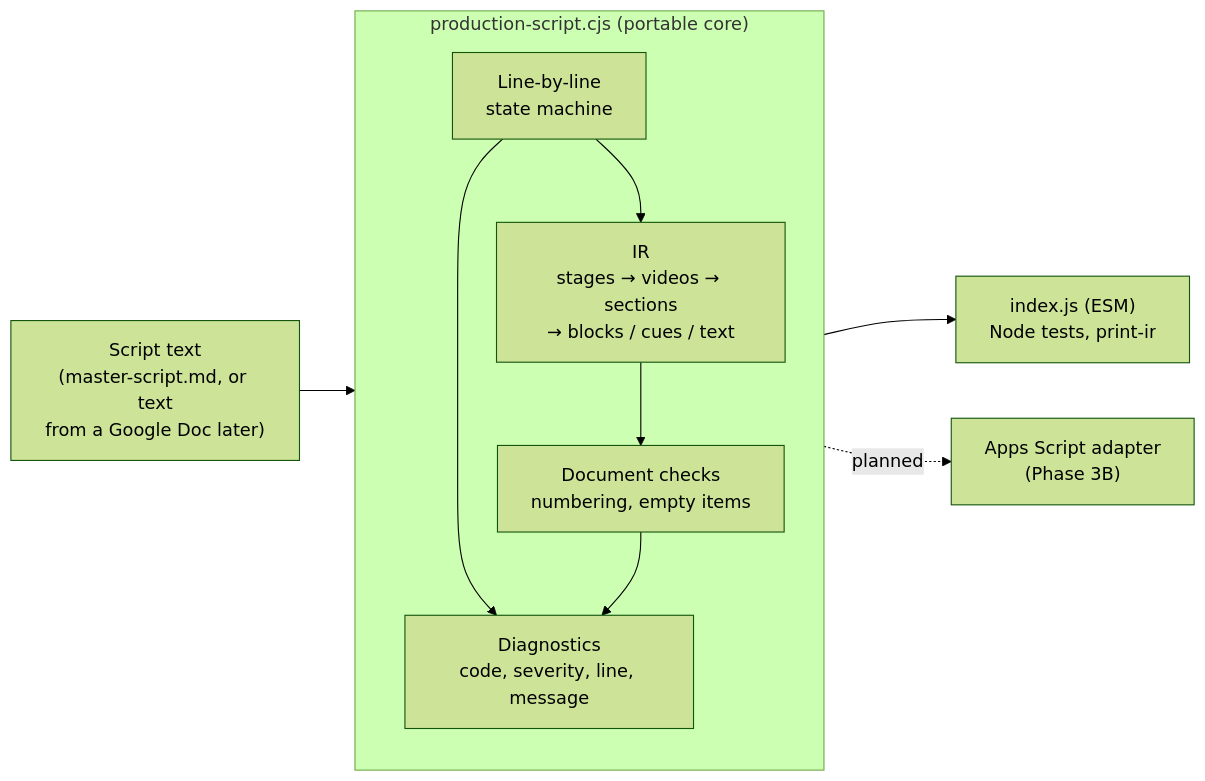
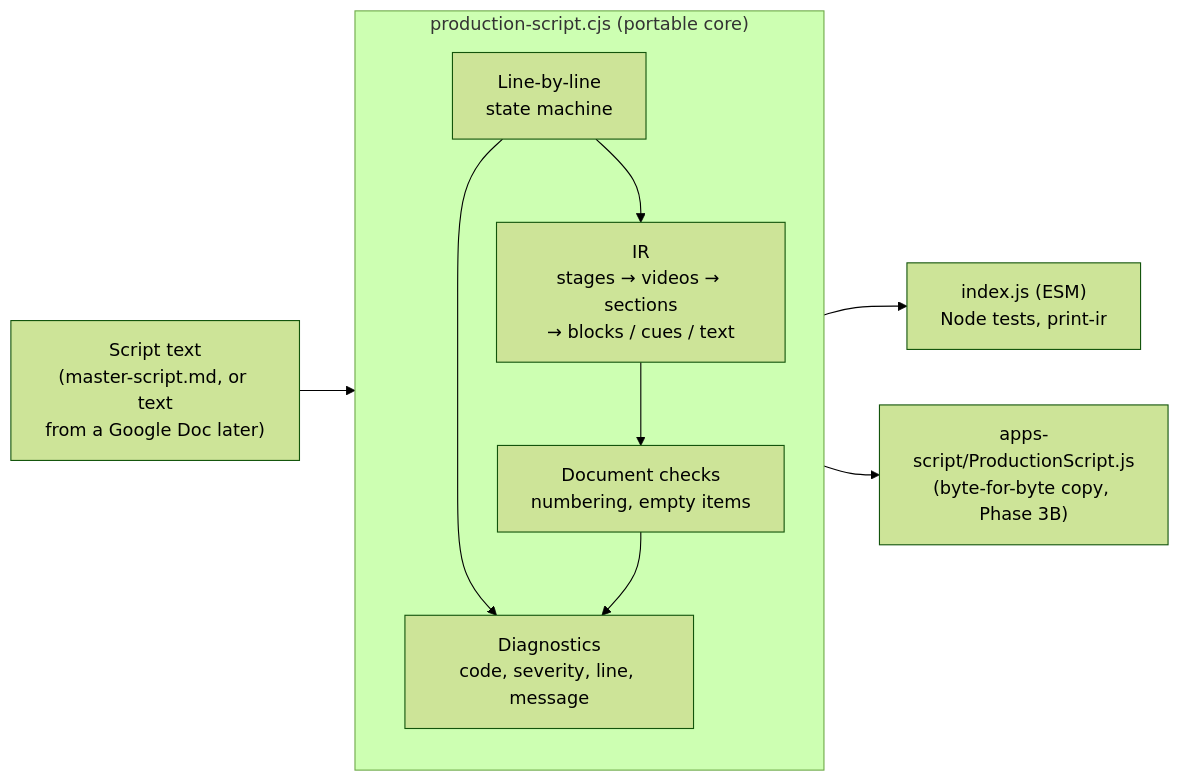
The second of 4 diagrams in docs/architecture.md (kenwalger/cellar-api), drawn with Mermaid (forest theme) before and after one commit. The commit also changed other lines of this file and 33 other files, not shown here.

````diff
--- a/docs/architecture.md
+++ b/docs/architecture.md
@@ -54,12 +54,12 @@
 ```mermaid
 flowchart LR
     Text["Script text<br/>(master-script.md, or text<br/>from a Google Doc later)"] --> Core
     subgraph Core["production-script.cjs (portable core)"]
         Lines["Line-by-line<br/>state machine"] --> IR["IR<br/>stages → videos → sections<br/>→ blocks / cues / text"]
         Lines --> Diag["Diagnostics<br/>code, severity, line, message"]
         IR --> Checks["Document checks<br/>numbering, empty items"]
         Checks --> Diag
     end
     Core --> Node["index.js (ESM)<br/>Node tests, print-ir"]
-    Core -. planned .-> GAS["Apps Script adapter<br/>(Phase 3B)"]
+    Core --> GAS["apps-script/ProductionScript.js<br/>(byte-for-byte copy, Phase 3B)"]
 ```
````
